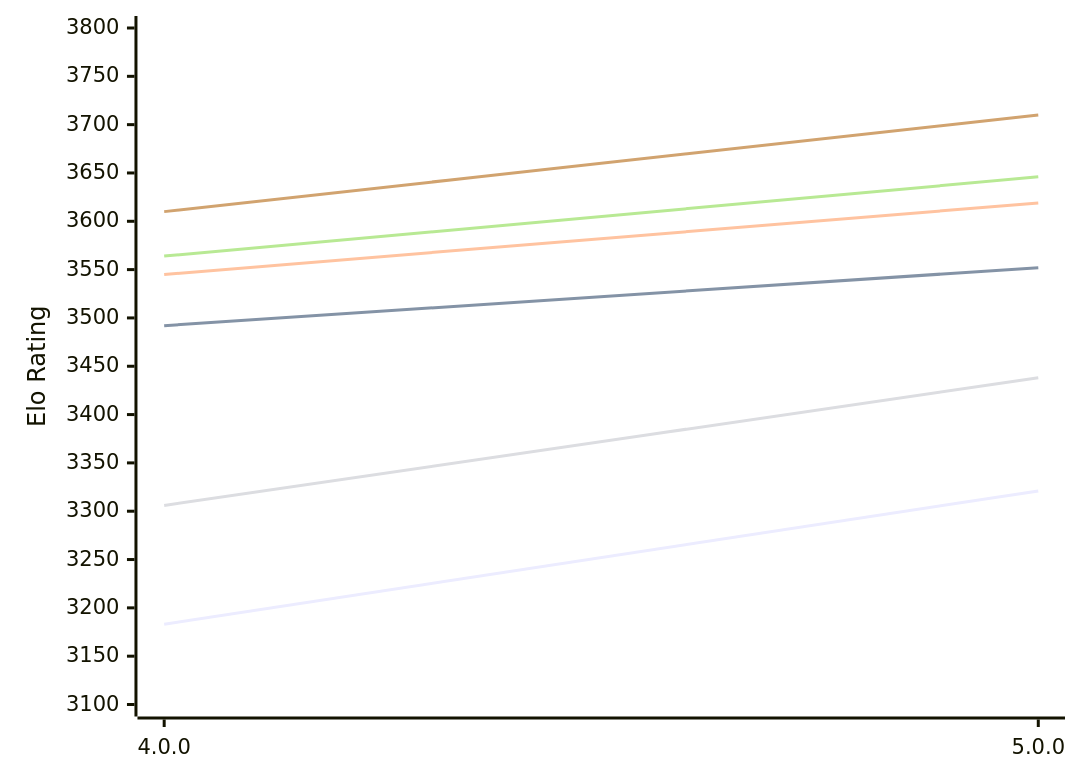
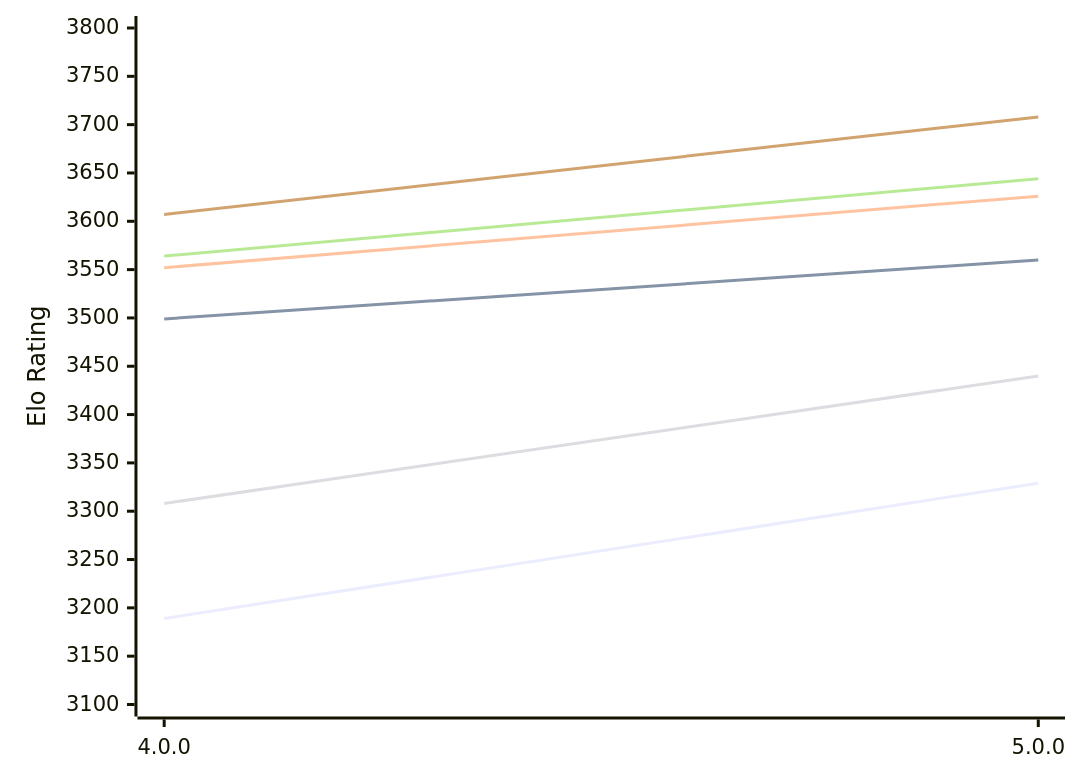
One commit to computer-chess-index/cci changed the first of 2 diagrams in engines/Avalanche.md. Above: the diagram before and after it, drawn with Mermaid. The commit also changed other lines of this file, not shown here.

Commit message:
Update CCI Ratings (ELO VLTC) - 2026-11-10

````diff
--- a/engines/Avalanche.md
+++ b/engines/Avalanche.md
@@ -50,12 +50,12 @@
 ```mermaid
 %%{init: {"theme":"base","themeVariables":{"seriesColors:['#a3a3a3','#222221','#faa371']}}}%%
 xychart-beta
   x-axis ["4.0.0", "5.0.0"]
   y-axis "Elo Rating" 3100 --> 3800
-  line "E1: STC (8.0+0.08s)" [3183, 3321]
-  line "E1: LTC (60.0+0.60s)" [3492, 3552]
-  line "E1: VLTC (2m24s+1.12s)" [3545, 3619]
-  line "P1: STC (8.0+0.08s)" [3306, 3438]
-  line "P1: LTC (60.0+0.60s)" [3564, 3646]
-  line "P1: VLTC (2m24s+1.12s)" [3610, 3710]
+  line "E1: STC (8.0+0.08s)" [3189, 3329]
+  line "E1: LTC (60.0+0.60s)" [3499, 3560]
+  line "E1: VLTC (2m24s+1.12s)" [3552, 3626]
+  line "P1: STC (8.0+0.08s)" [3308, 3440]
+  line "P1: LTC (60.0+0.60s)" [3564, 3644]
+  line "P1: VLTC (2m24s+1.12s)" [3607, 3708]
 ```
````
